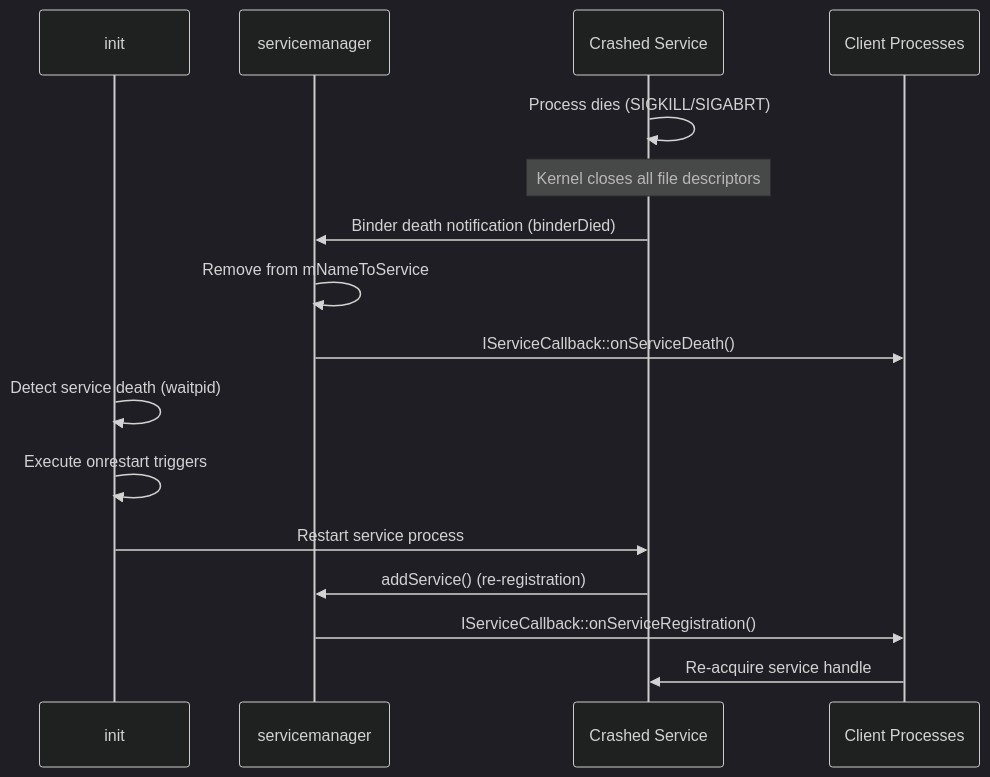
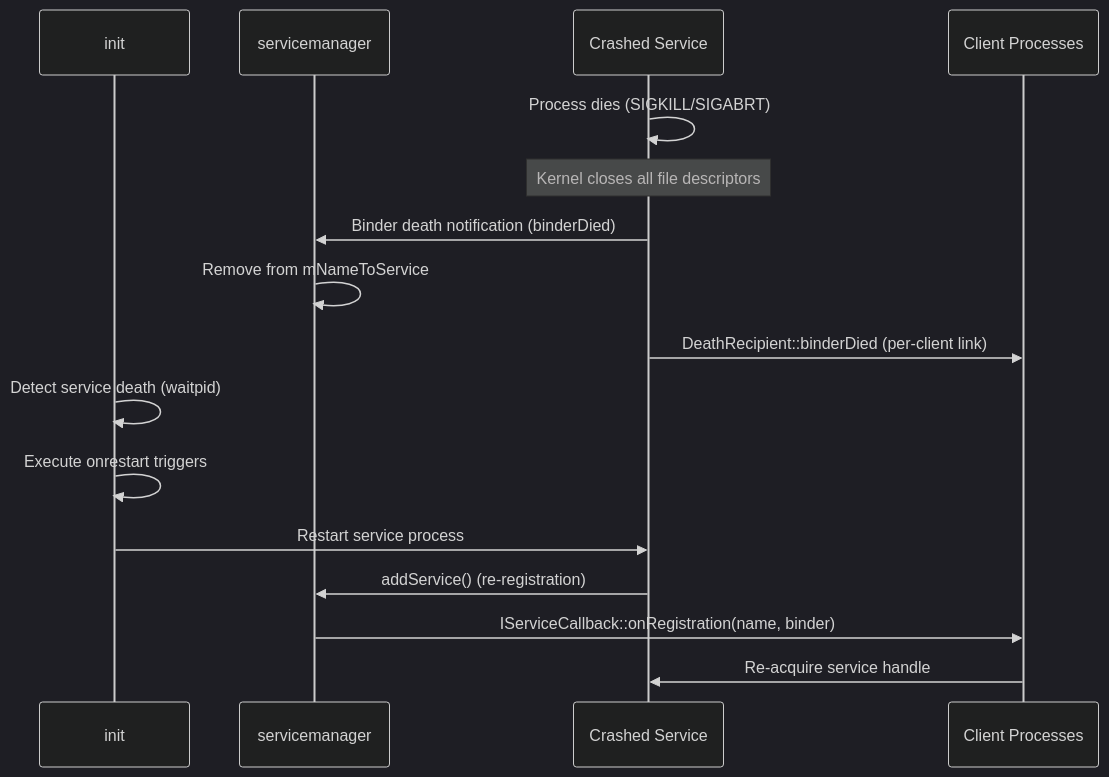
The second of 29 diagrams in agents/claude/skills/aosp-native-services-and-media/12-native-services.md (aospbooks/aosp-internal-book), drawn with Mermaid (dark theme) before and after one commit. The commit also changed other lines of this file and 218 other files, not shown here.

````diff
--- a/agents/claude/skills/aosp-native-services-and-media/12-native-services.md
+++ b/agents/claude/skills/aosp-native-services-and-media/12-native-services.md
@@ -196,19 +200,19 @@
 ```mermaid
 sequenceDiagram
     participant Init as init
     participant SM as servicemanager
     participant Dead as Crashed Service
     participant Clients as Client Processes
 
     Dead->>Dead: Process dies (SIGKILL/SIGABRT)
     Note over Dead: Kernel closes all file descriptors
     Dead->>SM: Binder death notification (binderDied)
     SM->>SM: Remove from mNameToService
-    SM->>Clients: IServiceCallback::onServiceDeath()
+    Dead->>Clients: DeathRecipient::binderDied (per-client link)
     Init->>Init: Detect service death (waitpid)
     Init->>Init: Execute onrestart triggers
     Init->>Dead: Restart service process
     Dead->>SM: addService() (re-registration)
-    SM->>Clients: IServiceCallback::onServiceRegistration()
+    SM->>Clients: IServiceCallback::onRegistration(name, binder)
     Clients->>Dead: Re-acquire service handle
 ```
````
